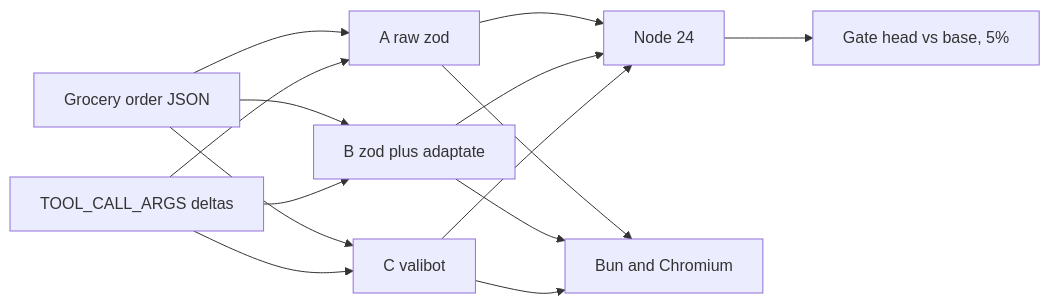
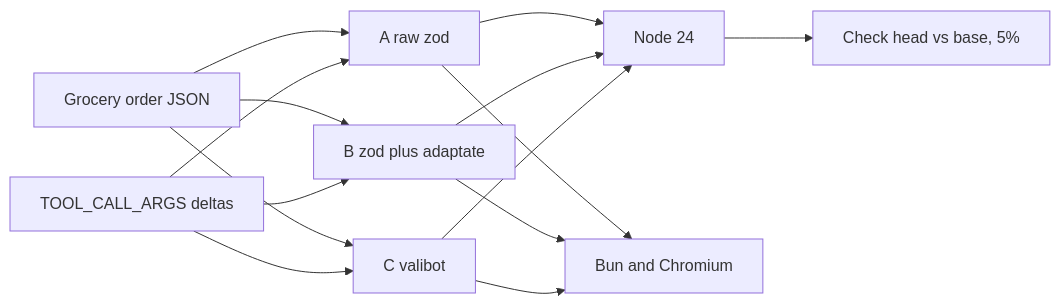
Before and after one commit to p10ns11y/adaptate: the diagram in docs/performance.md, drawn with Mermaid. The commit also changed other lines of this file and 17 other files, not shown here.

First line of the commit message:
feat(site): railway Result diagram, livelier landing, leaner docs

````diff
--- a/docs/performance.md
+++ b/docs/performance.md
@@ -55,18 +55,18 @@
 ```mermaid
 flowchart LR
   order[Grocery order JSON]
   deltas[TOOL_CALL_ARGS deltas]
   order --> A[A raw zod]
   order --> B[B zod plus adaptate]
   order --> C[C valibot]
   deltas --> A
   deltas --> B
   deltas --> C
   A --> node[Node 24]
   B --> node
   C --> node
-  node --> gate[Gate head vs base, 5%]
+  node --> check[Check head vs base, 5%]
   A --> recorded[Bun and Chromium]
   B --> recorded
   C --> recorded
 ```
````
